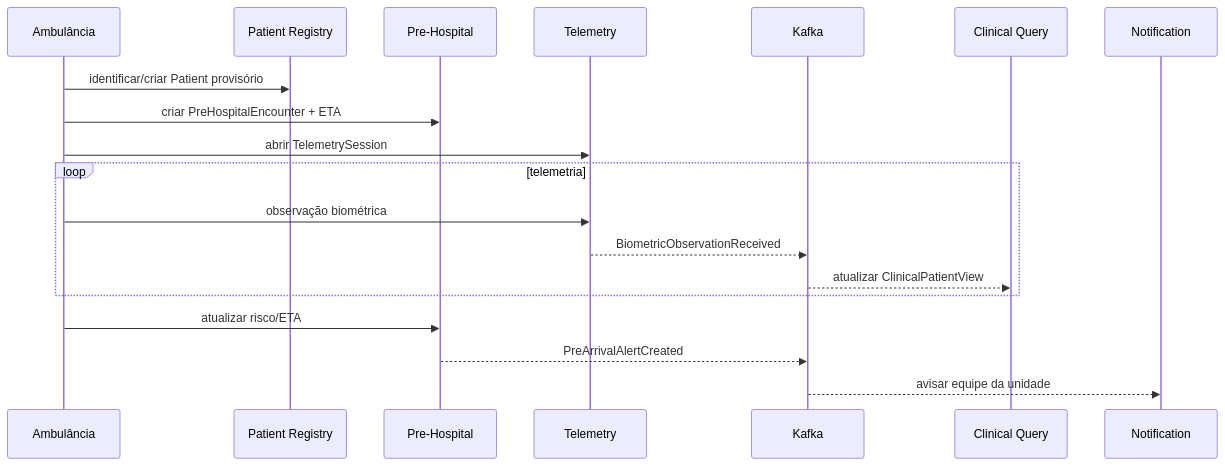
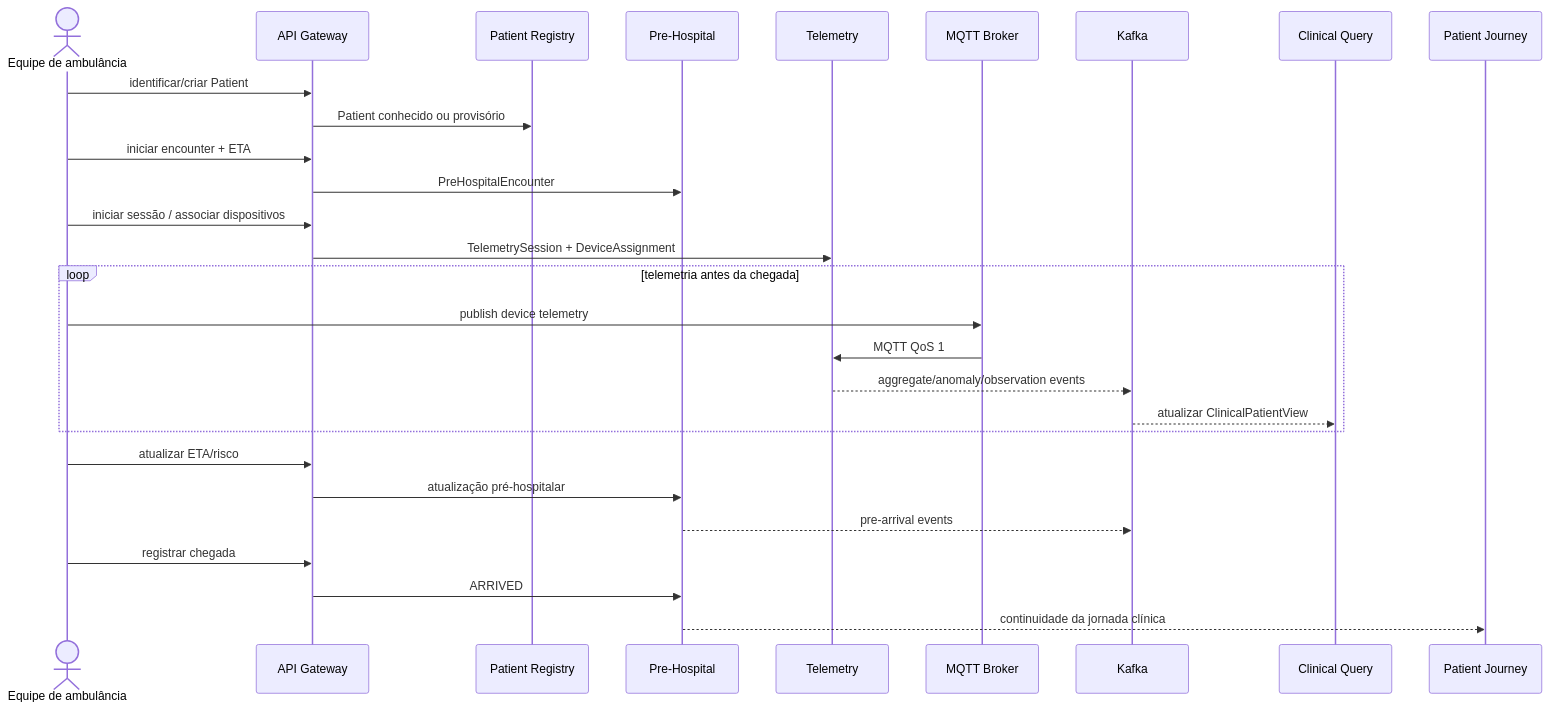
Before and after one commit to RafaelPinheiroCosta/sus-smart-care: the diagram in architecture/diagrams/sequence-ambulance.mmd, drawn with Mermaid. The commit also changed 46 other files, not shown here.

```diff
--- a/architecture/diagrams/sequence-ambulance.mmd
+++ b/architecture/diagrams/sequence-ambulance.mmd
@@ -1,19 +1,31 @@
 sequenceDiagram
-  participant A as Ambulância
+  actor A as Equipe de ambulância
+  participant G as API Gateway
   participant P as Patient Registry
   participant H as Pre-Hospital
   participant T as Telemetry
+  participant M as MQTT Broker
   participant K as Kafka
   participant C as Clinical Query
-  participant N as Notification
-  A->>P: identificar/criar Patient provisório
-  A->>H: criar PreHospitalEncounter + ETA
-  A->>T: abrir TelemetrySession
-  loop telemetria
-    A->>T: observação biométrica
-    T-->>K: BiometricObservationReceived
+  participant J as Patient Journey
+
+  A->>G: identificar/criar Patient
+  G->>P: Patient conhecido ou provisório
+  A->>G: iniciar encounter + ETA
+  G->>H: PreHospitalEncounter
+  A->>G: iniciar sessão / associar dispositivos
+  G->>T: TelemetrySession + DeviceAssignment
+
+  loop telemetria antes da chegada
+    A->>M: publish device telemetry
+    M->>T: MQTT QoS 1
+    T-->>K: aggregate/anomaly/observation events
     K-->>C: atualizar ClinicalPatientView
   end
-  A->>H: atualizar risco/ETA
-  H-->>K: PreArrivalAlertCreated
-  K-->>N: avisar equipe da unidade
+
+  A->>G: atualizar ETA/risco
+  G->>H: atualização pré-hospitalar
+  H-->>K: pre-arrival events
+  A->>G: registrar chegada
+  G->>H: ARRIVED
+  H-->>J: continuidade da jornada clínica
```
